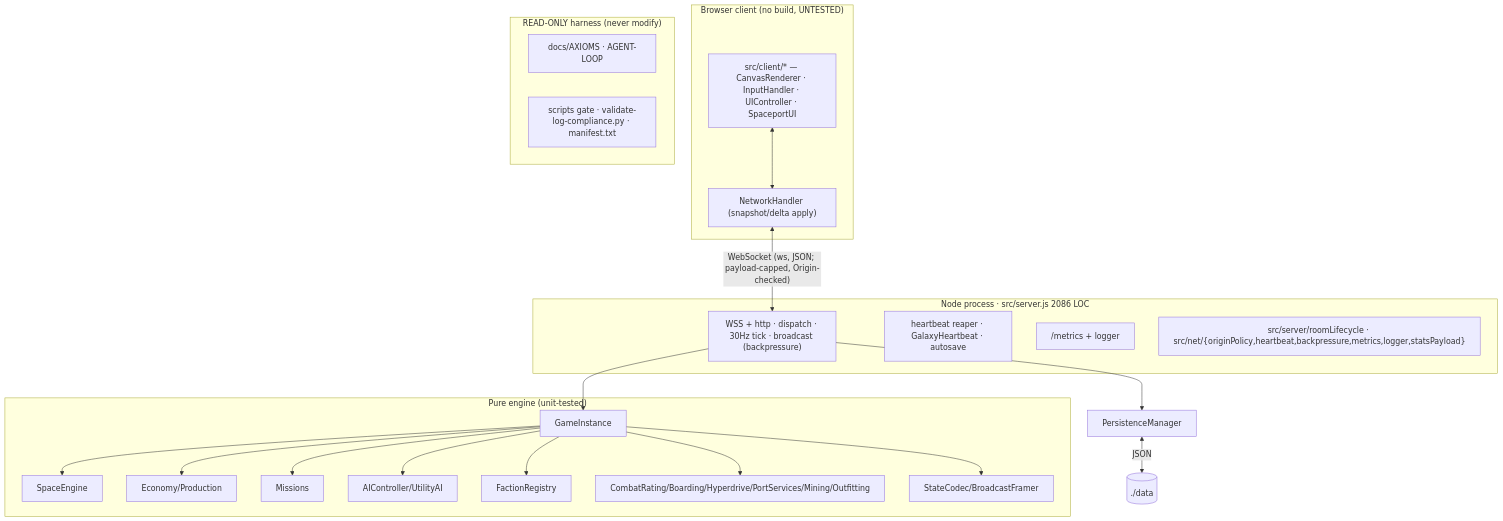
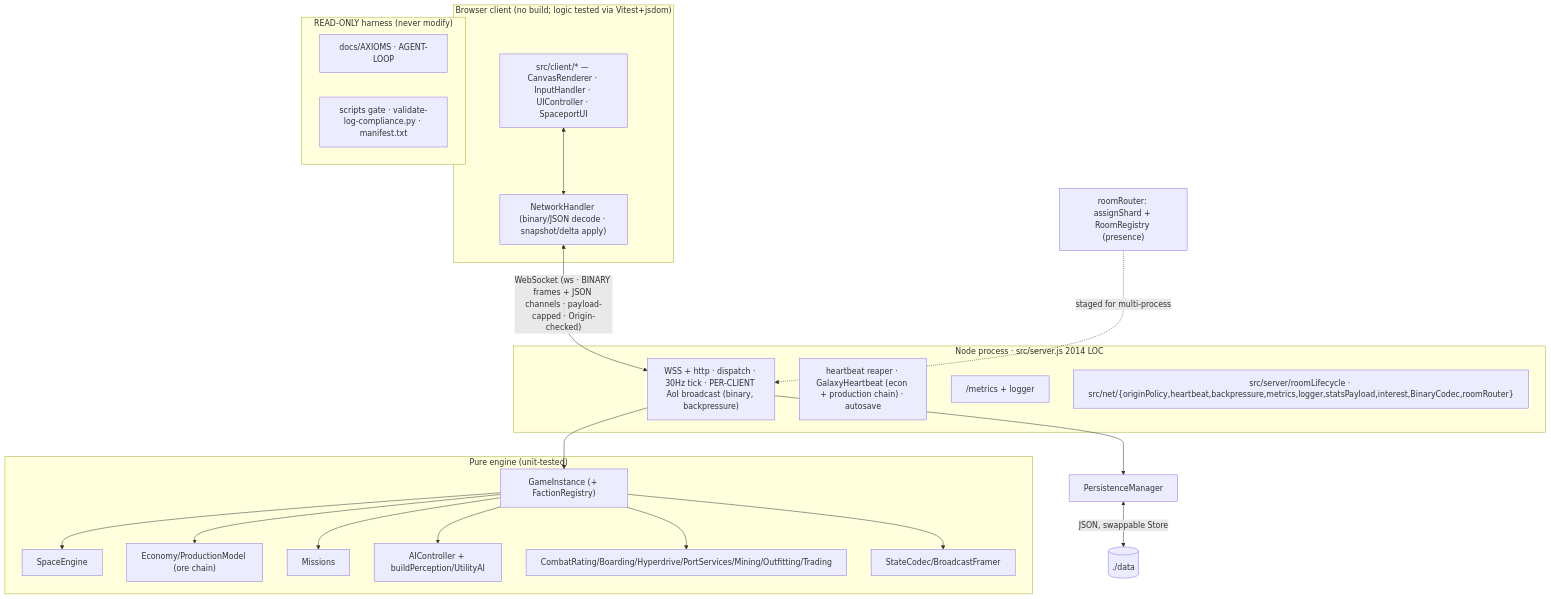
One commit to michaelcrosato/agy-sandbox changed the diagram in plan/ROADMAP.md. Above: the diagram before and after it, drawn with Mermaid. The commit also changed other lines of this file and 20 other files, not shown here.

````diff
--- a/plan/ROADMAP.md
+++ b/plan/ROADMAP.md
@@ -36,24 +43,25 @@
 ```mermaid
 flowchart TD
-  subgraph Browser["Browser client (no build, UNTESTED)"]
+  subgraph Browser["Browser client (no build; logic tested via Vitest+jsdom)"]
     UI["src/client/* — CanvasRenderer · InputHandler · UIController · SpaceportUI"]
-    NET["NetworkHandler (snapshot/delta apply)"]
+    NET["NetworkHandler (binary/JSON decode · snapshot/delta apply)"]
     UI <--> NET
   end
-  NET <-->|"WebSocket (ws, JSON; payload-capped, Origin-checked)"| SRV
-  subgraph Node["Node process · src/server.js 2086 LOC"]
-    SRV["WSS + http · dispatch · 30Hz tick · broadcast (backpressure)"]
-    HB["heartbeat reaper · GalaxyHeartbeat · autosave"]
+  NET <-->|"WebSocket (ws · BINARY frames + JSON channels · payload-capped · Origin-checked)"| SRV
+  subgraph Node["Node process · src/server.js 2014 LOC"]
+    SRV["WSS + http · dispatch · 30Hz tick · PER-CLIENT AoI broadcast (binary, backpressure)"]
+    HB["heartbeat reaper · GalaxyHeartbeat (econ + production chain) · autosave"]
     OBS["/metrics + logger"]
-    EXT["src/server/roomLifecycle · src/net/{originPolicy,heartbeat,backpressure,metrics,logger,statsPayload}"]
+    EXT["src/server/roomLifecycle · src/net/{originPolicy,heartbeat,backpressure,metrics,logger,statsPayload,interest,BinaryCodec,roomRouter}"]
   end
   SRV --> ENG
   SRV --> PM["PersistenceManager"]
-  PM <-->|JSON| DISK[("./data")]
+  PM <-->|JSON, swappable Store| DISK[("./data")]
+  ROUTER["roomRouter: assignShard + RoomRegistry (presence)"] -.staged for multi-process.-> SRV
   subgraph Engine["Pure engine (unit-tested)"]
-    ENG["GameInstance"] --> SE["SpaceEngine"] & ECON["Economy/Production"] & MIS["Missions"] & AI["AIController/UtilityAI"] & FAC["FactionRegistry"] & CR["CombatRating/Boarding/Hyperdrive/PortServices/Mining/Outfitting"] & CODEC["StateCodec/BroadcastFramer"]
+    ENG["GameInstance (+ FactionRegistry)"] --> SE["SpaceEngine"] & ECON["Economy/ProductionModel (ore chain)"] & MIS["Missions"] & AI["AIController + buildPerception/UtilityAI"] & CR["CombatRating/Boarding/Hyperdrive/PortServices/Mining/Outfitting/Trading"] & CODEC["StateCodec/BroadcastFramer"]
   end
   subgraph Substrate["READ-ONLY harness (never modify)"]
     AX["docs/AXIOMS · AGENT-LOOP"]; GATE["scripts gate · validate-log-compliance.py · manifest.txt"]
   end
 ```
````
